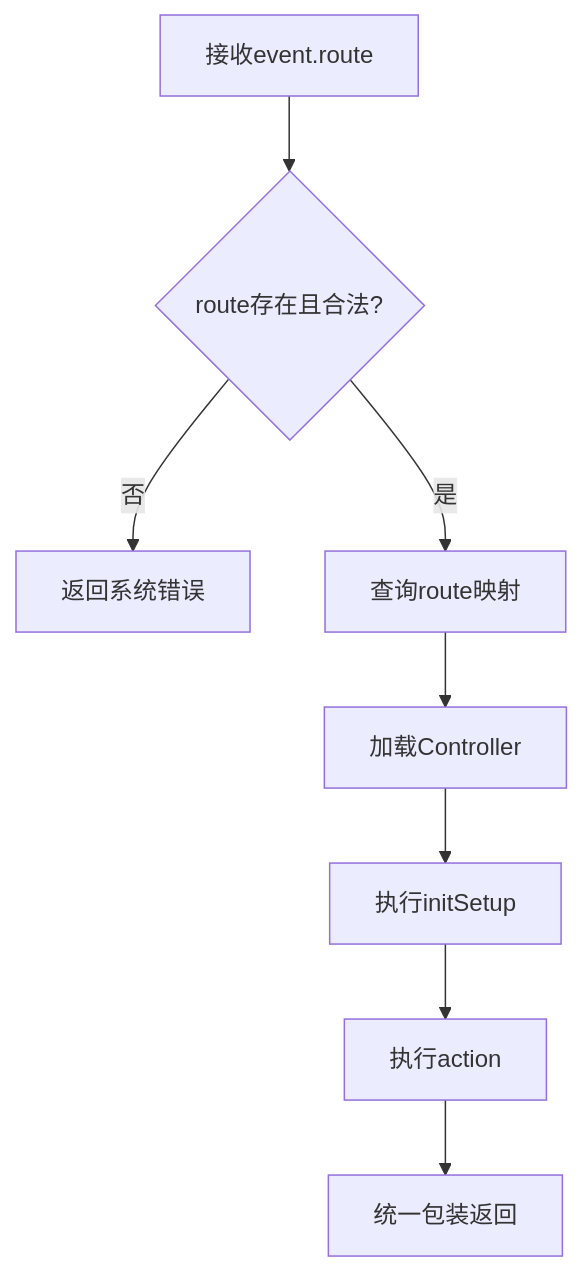
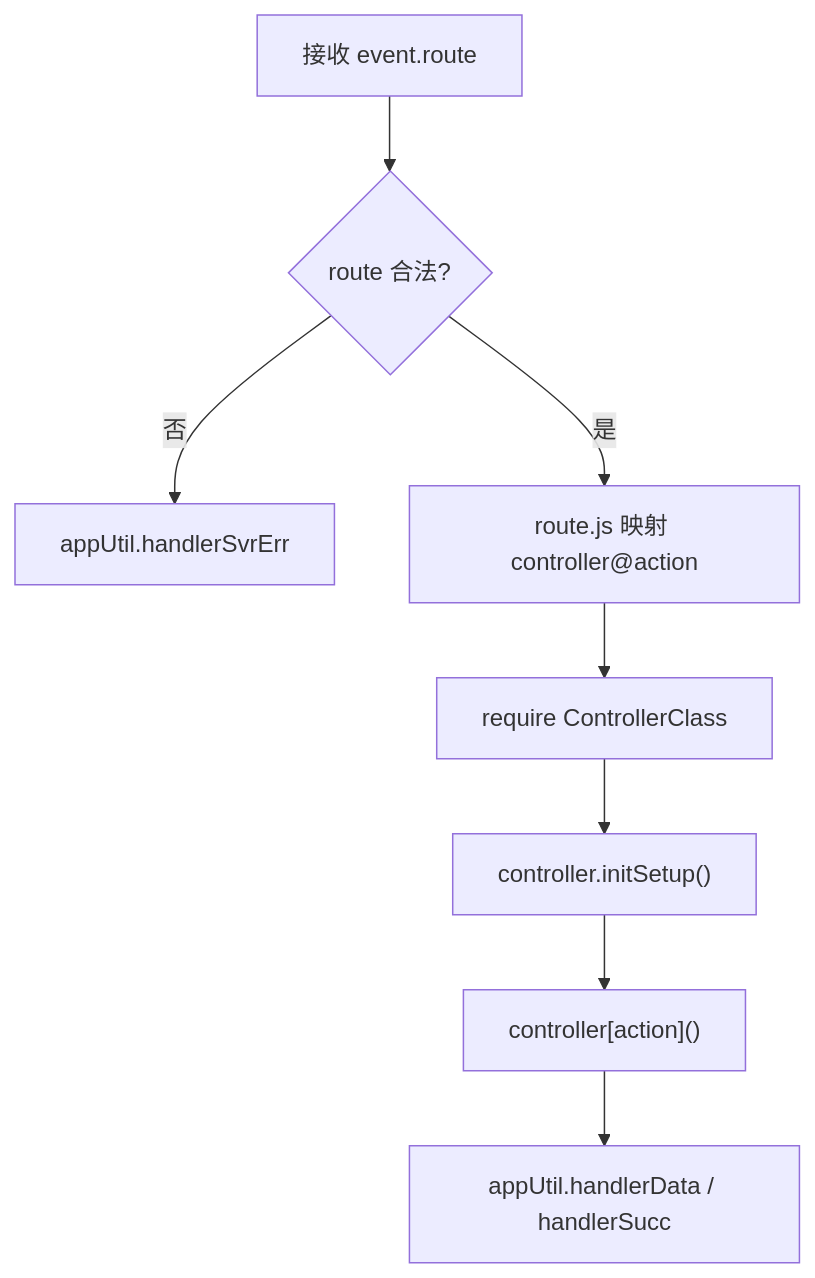
Before and after one commit to deep9999999/CompusAss: the fourth of 8 diagrams in 论文.md, drawn with Mermaid. The commit also changed other lines of this file and 15 other files, not shown here.

````diff
--- a/论文.md
+++ b/论文.md
@@ -315,10 +414,10 @@
 ```mermaid
 flowchart TD
-A[接收event.route] --> B{route存在且合法?}
-B -- 否 --> X[返回系统错误]
-B -- 是 --> C[查询route映射]
-C --> D[加载Controller]
-D --> E[执行initSetup]
-E --> F[执行action]
-F --> G[统一包装返回]
+A["接收 event.route"] --> B{"route 合法?"}
+B -- 否 --> X["appUtil.handlerSvrErr"]
+B -- 是 --> C["route.js 映射 controller@action"]
+C --> D["require ControllerClass"]
+D --> E["controller.initSetup()"]
+E --> F["controller[action]()"]
+F --> G["appUtil.handlerData / handlerSucc"]
 ```
````
